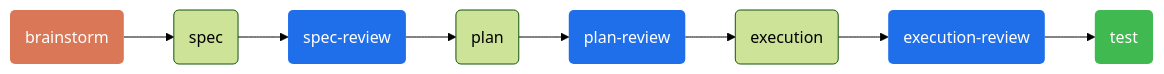
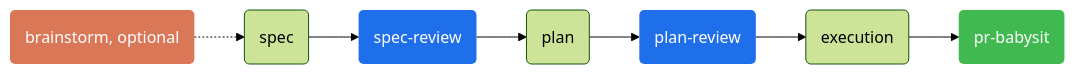
The first of 2 diagrams in README.md (Falconiere/toolu), drawn with Mermaid (forest theme) before and after one commit. The commit also changed other lines of this file and 21 other files, not shown here.

````diff
--- a/README.md
+++ b/README.md
@@ -198,9 +198,8 @@
 ```mermaid
 flowchart LR
-    B(brainstorm) --> S(spec) --> SR(spec-review) --> P(plan) --> PR(plan-review) --> E(execution) --> ER(execution-review) --> T(test)
+    B(brainstorm, optional) -.-> S(spec) --> SR(spec-review) --> P(plan) --> PR(plan-review) --> E(execution) --> PB(pr-babysit)
     style B fill:#d97757,color:#fff,stroke:none
-    style T fill:#3fb950,color:#fff,stroke:none
+    style PB fill:#3fb950,color:#fff,stroke:none
     style SR fill:#1f6feb,color:#fff,stroke:none
     style PR fill:#1f6feb,color:#fff,stroke:none
-    style ER fill:#1f6feb,color:#fff,stroke:none
 ```
````
